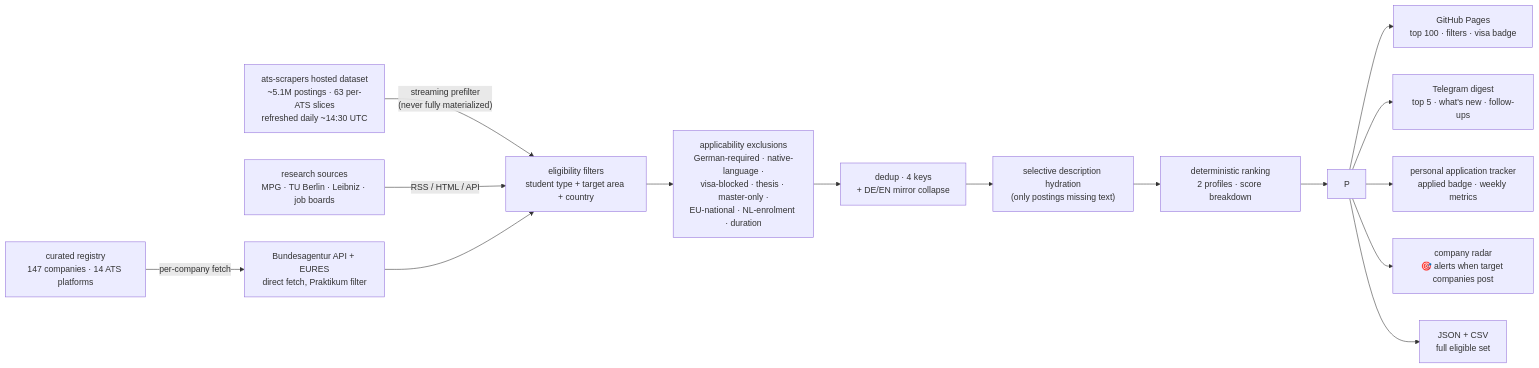
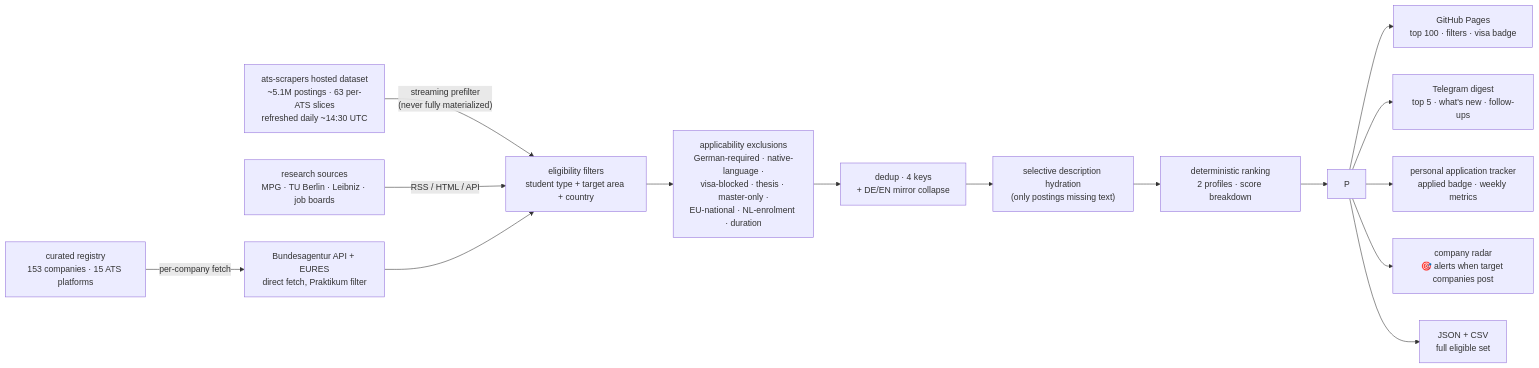
One commit to rios-vini/internship-finder changed the diagram in README.md. Above: the diagram before and after it, drawn with Mermaid. The commit also changed other lines of this file and 33 other files, not shown here.

````diff
--- a/README.md
+++ b/README.md
@@ -58,17 +58,17 @@
 ```mermaid
 flowchart LR
     DS["ats-scrapers hosted dataset<br/>~5.1M postings · 63 per-ATS slices<br/>refreshed daily ~14:30 UTC"] -->|"streaming prefilter<br/>(never fully materialized)"| F
-    RG["curated registry<br/>147 companies · 14 ATS platforms"] -->|"per-company fetch"| BA["Bundesagentur API + EURES<br/>direct fetch, Praktikum filter"]
+    RG["curated registry<br/>153 companies · 15 ATS platforms"] -->|"per-company fetch"| BA["Bundesagentur API + EURES<br/>direct fetch, Praktikum filter"]
     RS["research sources<br/>MPG · TU Berlin · Leibniz · job boards"] -->|"RSS / HTML / API"| F
     BA --> F
     F["eligibility filters<br/>student type + target area + country"] --> A
     A["applicability exclusions<br/>German-required · native-language ·<br/>visa-blocked · thesis · master-only ·<br/>EU-national · NL-enrolment · duration"] --> D
     D["dedup · 4 keys<br/>+ DE/EN mirror collapse"] --> H
     H["selective description hydration<br/>(only postings missing text)"] --> R
     R["deterministic ranking<br/>2 profiles · score breakdown"] --> P
     P --> GH["GitHub Pages<br/>top 100 · filters · visa badge"]
     P --> TG["Telegram digest<br/>top 5 · what's new · follow-ups"]
     P --> TR["personal application tracker<br/>applied badge · weekly metrics"]
     P --> CO["company radar<br/>🎯 alerts when target companies post"]
     P --> JS["JSON + CSV<br/>full eligible set"]
 ```
````
